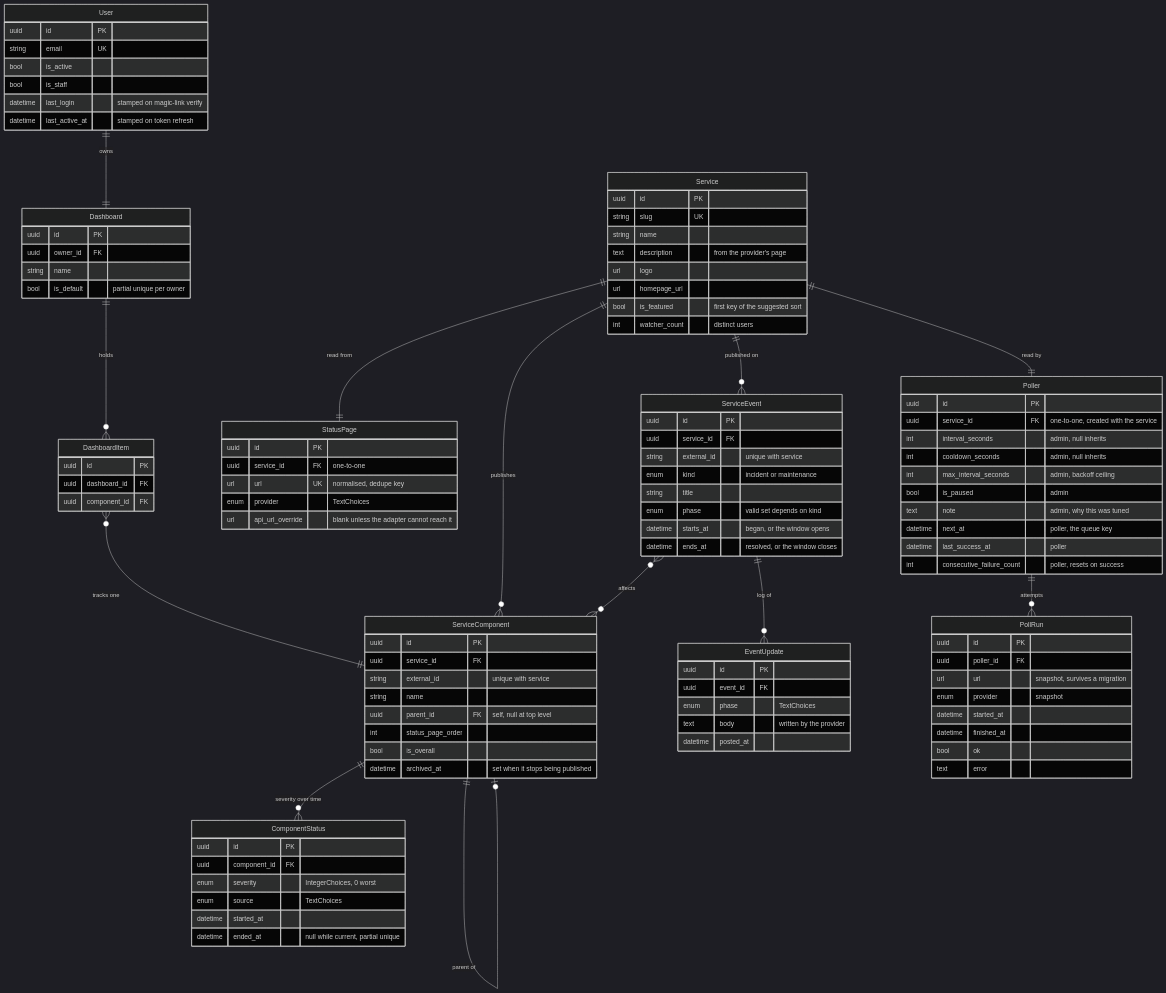
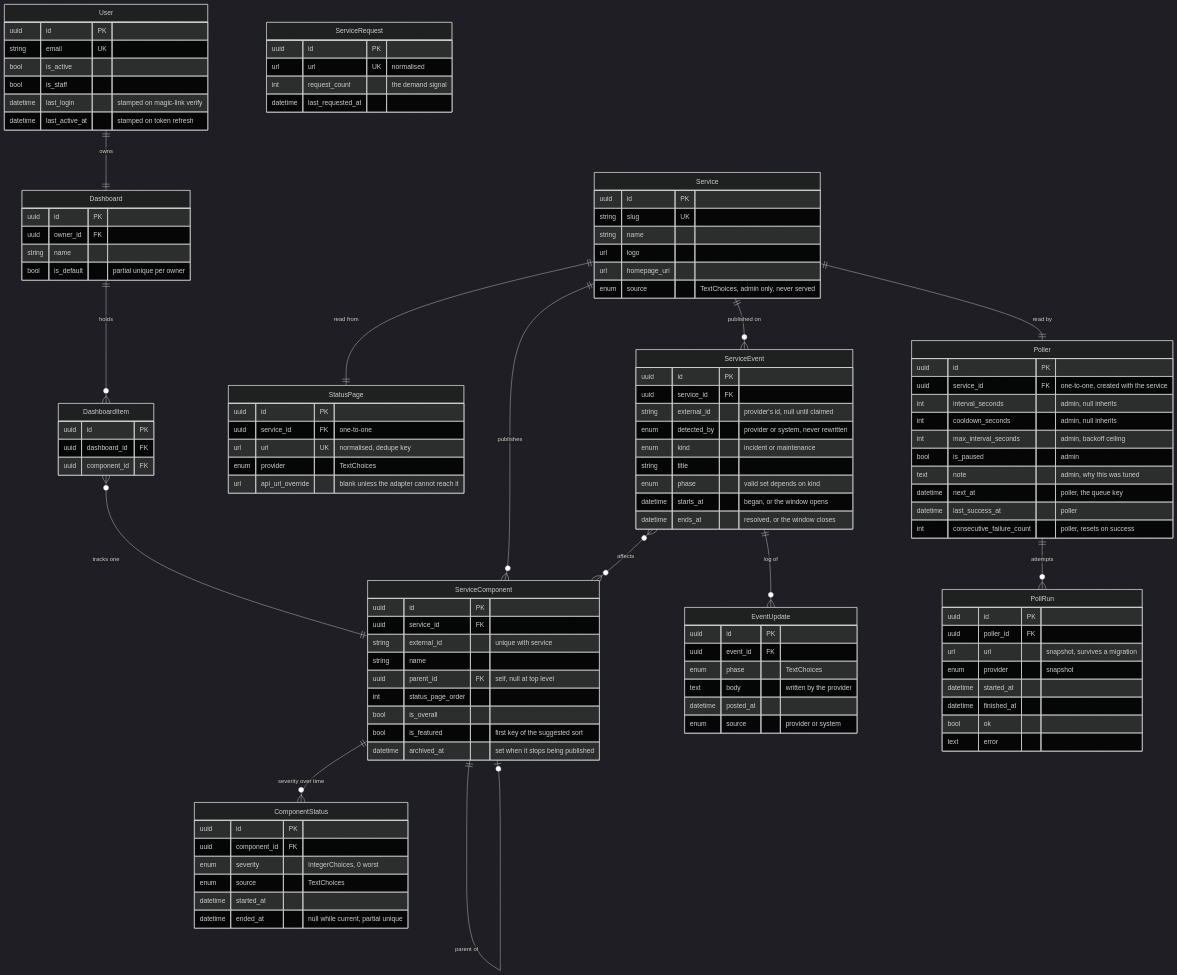
Before and after one commit to thalida/statusboard: the second of 2 diagrams in docs/specs/2026-08-23-statusboard-design.md, drawn with Mermaid (dark theme). The commit also changed other lines of this file and 94 other files, not shown here.

```diff
--- a/docs/specs/2026-08-23-statusboard-design.md
+++ b/docs/specs/2026-08-23-statusboard-design.md
@@ -126,11 +126,9 @@
         uuid id PK
         string slug UK
         string name
-        text description "from the provider's page"
         url logo
         url homepage_url
-        bool is_featured "first key of the suggested sort"
-        int watcher_count "distinct users"
+        enum source "TextChoices, admin only, never served"
     }
     StatusPage {
         uuid id PK
@@ -159,6 +157,7 @@
         uuid parent_id FK "self, null at top level"
         int status_page_order
         bool is_overall
+        bool is_featured "first key of the suggested sort"
         datetime archived_at "set when it stops being published"
     }
     ComponentStatus {
@@ -172,7 +171,8 @@
     ServiceEvent {
         uuid id PK
         uuid service_id FK
-        string external_id "unique with service"
+        string external_id "provider's id, null until claimed"
+        enum detected_by "provider or system, never rewritten"
         enum kind "incident or maintenance"
         string title
         enum phase "valid set depends on kind"
@@ -185,6 +185,7 @@
         enum phase "TextChoices"
         text body "written by the provider"
         datetime posted_at
+        enum source "provider or system"
     }
     PollRun {
         uuid id PK
@@ -195,6 +196,12 @@
         datetime finished_at
         bool ok
         text error
+    }
+    ServiceRequest {
+        uuid id PK
+        url url UK "normalised"
+        int request_count "the demand signal"
+        datetime last_requested_at
     }
 
     User ||--|| Dashboard : owns
```
